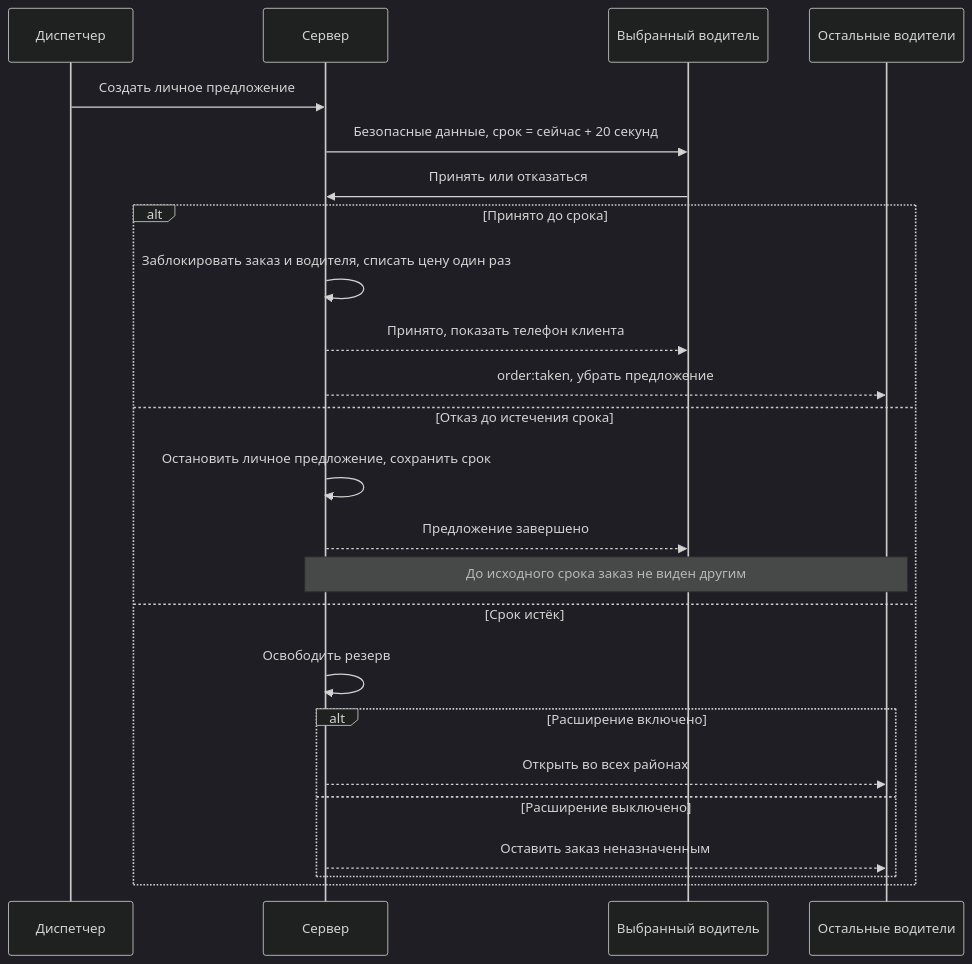
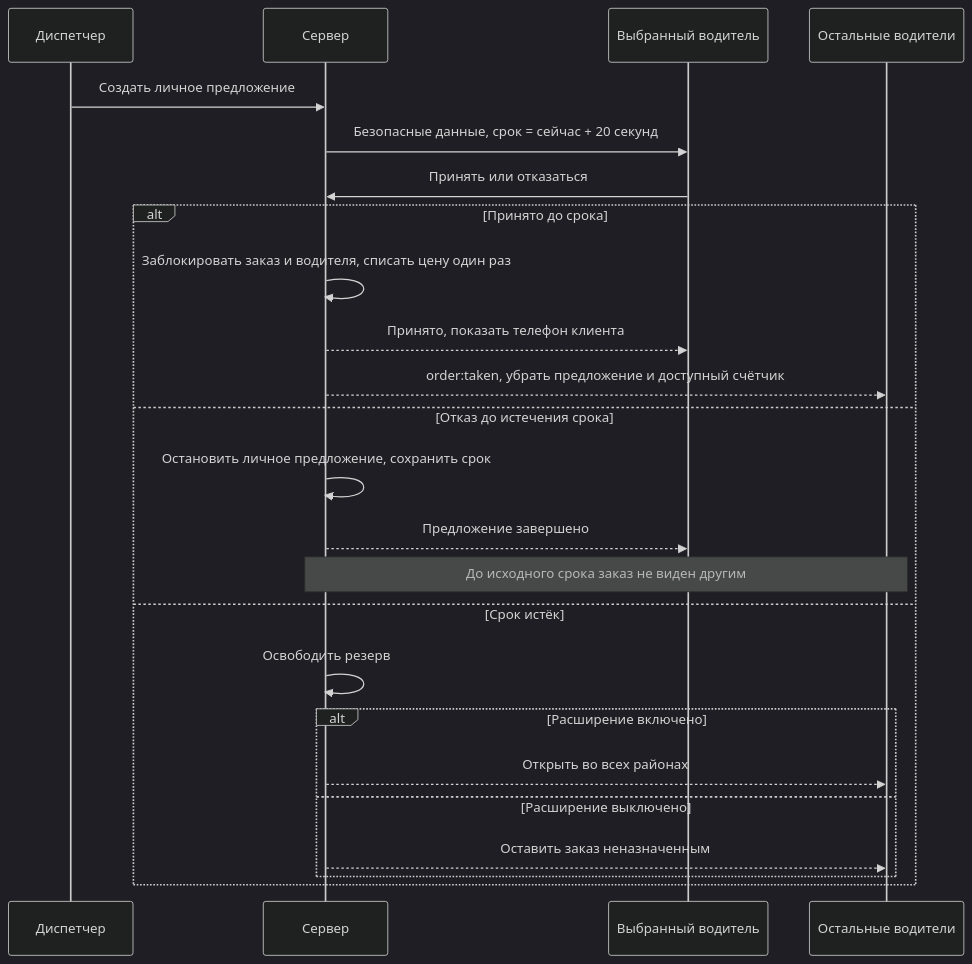
One commit to bagtyyarkovusov/tayyn-hyzmat-project changed the third of 12 diagrams in docs/guide/flows.ru.md. Above: the diagram before and after it, drawn with Mermaid (dark theme). The commit also changed other lines of this file and 44 other files, not shown here.

````diff
--- a/docs/guide/flows.ru.md
+++ b/docs/guide/flows.ru.md
@@ -46,27 +46,27 @@
 ```mermaid
 sequenceDiagram
   participant D as Диспетчер
   participant S as Сервер
   participant V as Выбранный водитель
   participant O as Остальные водители
 
   D->>S: Создать личное предложение
   S->>V: Безопасные данные, срок = сейчас + 20 секунд
   V->>S: Принять или отказаться
   alt Принято до срока
     S->>S: Заблокировать заказ и водителя, списать цену один раз
     S-->>V: Принято, показать телефон клиента
-    S-->>O: order:taken, убрать предложение
+    S-->>O: order:taken, убрать предложение и доступный счётчик
   else Отказ до истечения срока
     S->>S: Остановить личное предложение, сохранить срок
     S-->>V: Предложение завершено
     Note over S,O: До исходного срока заказ не виден другим
   else Срок истёк
     S->>S: Освободить резерв
     alt Расширение включено
       S-->>O: Открыть во всех районах
     else Расширение выключено
       S-->>O: Оставить заказ неназначенным
     end
   end
 ```
````
